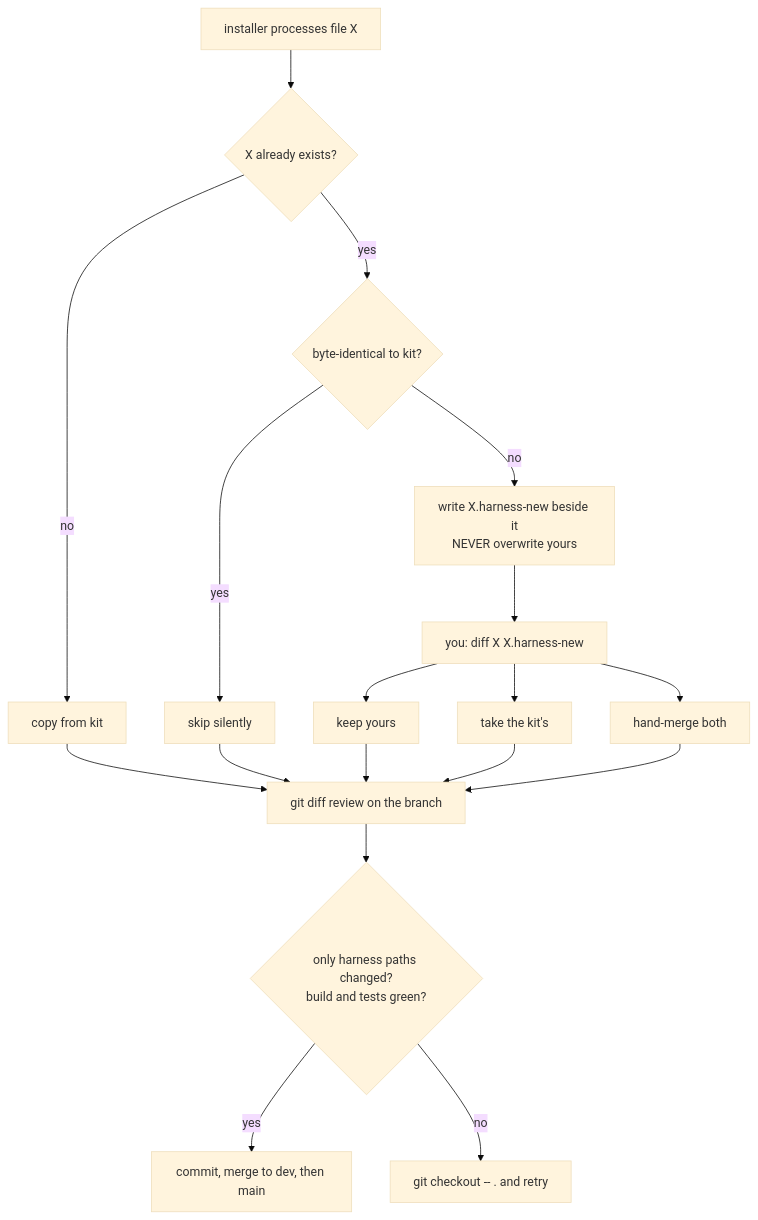
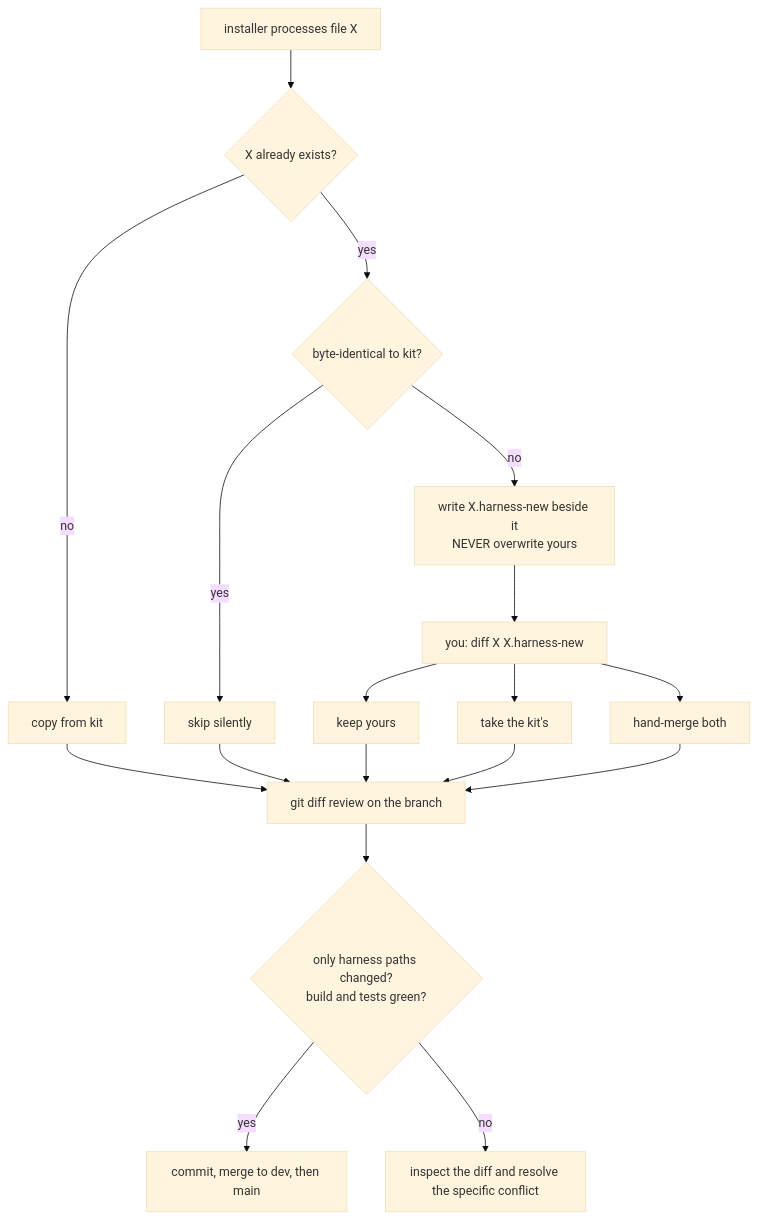
The third of 5 diagrams in README.md (hashorva/purrfect-harness), drawn with Mermaid (base theme) before and after one commit. The commit also changed other lines of this file and 15 other files, not shown here.

````diff
--- a/README.md
+++ b/README.md
@@ -134,20 +162,20 @@
 ```mermaid
 flowchart TD
   I["installer processes file X"] --> Q{"X already exists?"}
   Q -- "no" --> CP["copy from kit"]
   Q -- "yes" --> ID{"byte-identical to kit?"}
   ID -- "yes" --> SK["skip silently"]
   ID -- "no" --> NEW["write X.harness-new beside it<br/>NEVER overwrite yours"]
   NEW --> D["you: diff X X.harness-new"]
   D --> K1["keep yours"]
   D --> K2["take the kit's"]
   D --> K3["hand-merge both"]
   CP --> R["git diff review on the branch"]
   SK --> R
   K1 --> R
   K2 --> R
   K3 --> R
   R --> OK{"only harness paths changed?<br/>build and tests green?"}
   OK -- "yes" --> M["commit, merge to dev, then main"]
-  OK -- "no" --> U["git checkout -- . and retry"]
+  OK -- "no" --> U["inspect the diff and resolve the specific conflict"]
 ```
````
